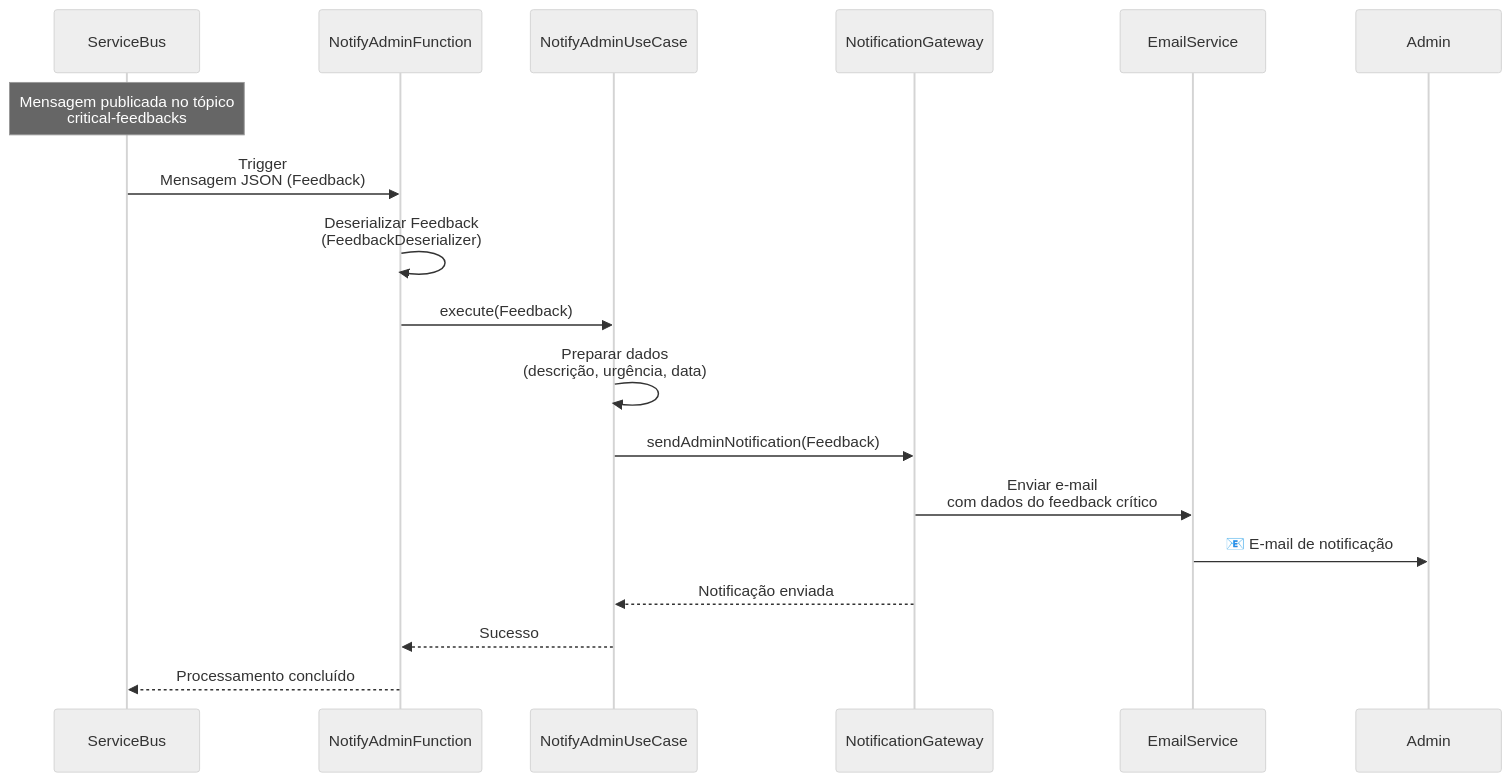
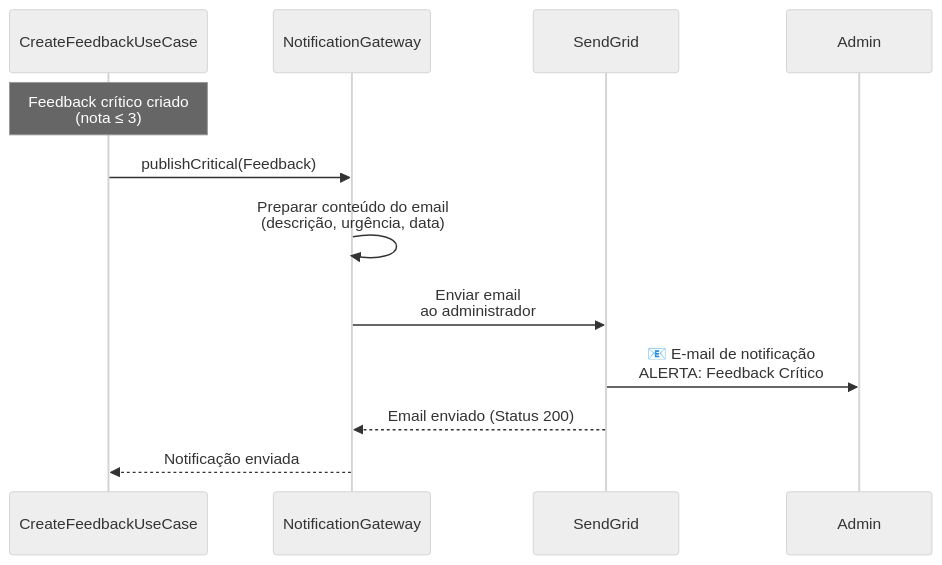
Before and after one commit to luizffdemoraes/feedback-sync: the third of 9 diagrams in README.md, drawn with Mermaid (neutral theme). The commit also changed other lines of this file and 30 other files, not shown here.

````diff
--- a/README.md
+++ b/README.md
@@ -403,27 +395,19 @@
 ```mermaid
 sequenceDiagram
-    participant ServiceBus
-    participant NotifyAdminFunction
-    participant NotifyAdminUseCase
+    participant CreateFeedbackUseCase
     participant NotificationGateway
-    participant EmailService
+    participant SendGrid
     participant Admin
 
-    Note over ServiceBus: Mensagem publicada no tópico<br/>critical-feedbacks
+    Note over CreateFeedbackUseCase: Feedback crítico criado<br/>(nota ≤ 3)
     
-    ServiceBus->>NotifyAdminFunction: Trigger<br/>Mensagem JSON (Feedback)
+    CreateFeedbackUseCase->>NotificationGateway: publishCritical(Feedback)
     
-    NotifyAdminFunction->>NotifyAdminFunction: Deserializar Feedback<br/>(FeedbackDeserializer)
+    NotificationGateway->>NotificationGateway: Preparar conteúdo do email<br/>(descrição, urgência, data)
     
-    NotifyAdminFunction->>NotifyAdminUseCase: execute(Feedback)
+    NotificationGateway->>SendGrid: Enviar email<br/>ao administrador
+    SendGrid->>Admin: 📧 E-mail de notificação<br/>ALERTA: Feedback Crítico
     
-    NotifyAdminUseCase->>NotifyAdminUseCase: Preparar dados<br/>(descrição, urgência, data)
-    
-    NotifyAdminUseCase->>NotificationGateway: sendAdminNotification(Feedback)
-    NotificationGateway->>EmailService: Enviar e-mail<br/>com dados do feedback crítico
-    EmailService->>Admin: 📧 E-mail de notificação
-    
-    NotificationGateway-->>NotifyAdminUseCase: Notificação enviada
-    NotifyAdminUseCase-->>NotifyAdminFunction: Sucesso
-    NotifyAdminFunction-->>ServiceBus: Processamento concluído
+    SendGrid-->>NotificationGateway: Email enviado (Status 200)
+    NotificationGateway-->>CreateFeedbackUseCase: Notificação enviada
 ```
````
